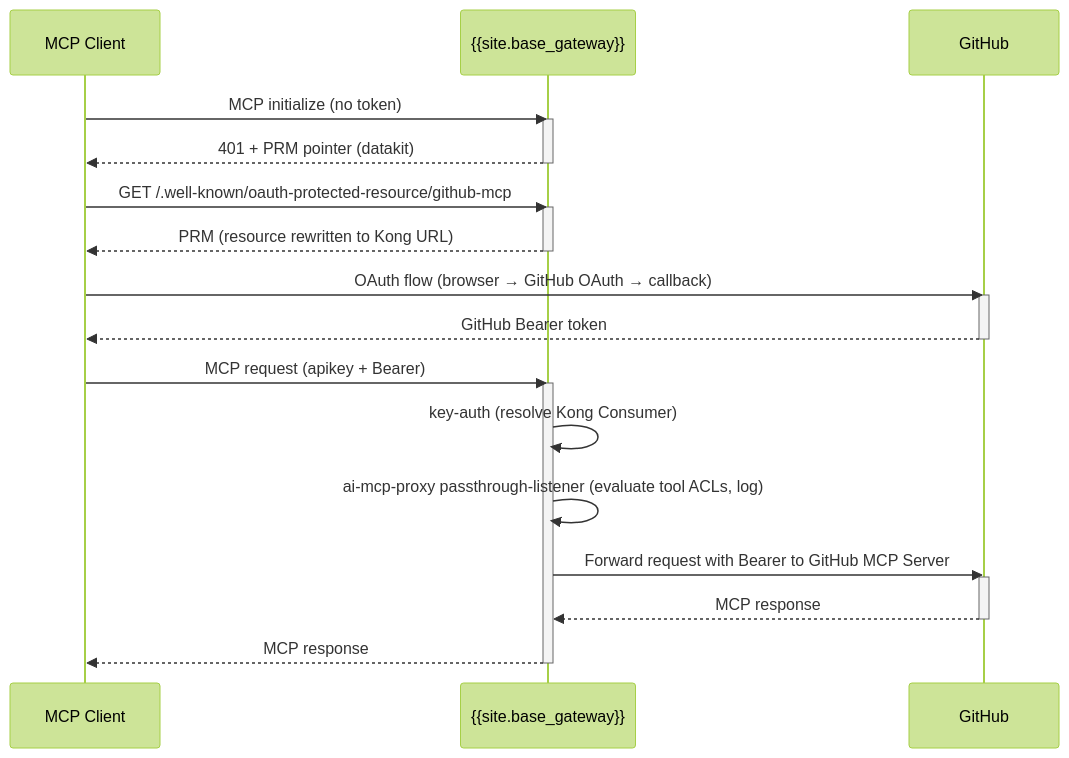
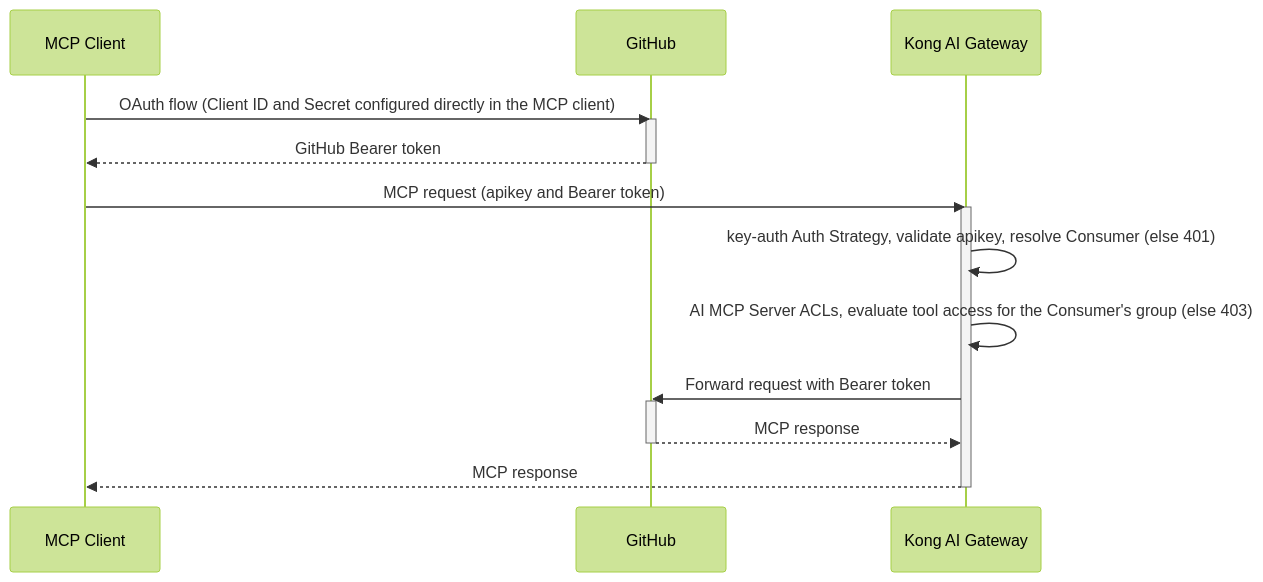
The first of 2 diagrams in app/_cookbooks/secure-external-mcp-gateway.md (Kong/developer.konghq.com), drawn with Mermaid (forest theme) before and after one commit. The commit also changed other lines of this file and 11 other files, not shown here.

```diff
--- a/app/_cookbooks/secure-external-mcp-gateway.md
+++ b/app/_cookbooks/secure-external-mcp-gateway.md
@@ -263,32 +258,21 @@
 {% mermaid %}
 sequenceDiagram
     participant C as MCP Client
-    participant K as {{site.base_gateway}}
     participant GH as GitHub
+    participant K as Kong AI Gateway
 
-    C->>K: MCP initialize (no token)
-    activate K
-    K-->>C: 401 + PRM pointer (datakit)
-    deactivate K
-
-    C->>K: GET /.well-known/oauth-protected-resource/github-mcp
-    activate K
-    K-->>C: PRM (resource rewritten to Kong URL)
-    deactivate K
-
-    C->>GH: OAuth flow (browser → GitHub OAuth → callback)
+    C->>GH: OAuth flow (Client ID and Secret configured directly in the MCP client)
     activate GH
     GH-->>C: GitHub Bearer token
     deactivate GH
-
-    C->>K: MCP request (apikey + Bearer)
+    C->>K: MCP request (apikey and Bearer token)
     activate K
-    K->>K: key-auth (resolve Kong Consumer)
-    K->>K: ai-mcp-proxy passthrough-listener (evaluate tool ACLs, log)
-    K->>GH: Forward request with Bearer to GitHub MCP Server
+    K->>K: key-auth Auth Strategy, validate apikey, resolve Consumer (else 401)
+    K->>K: AI MCP Server ACLs, evaluate tool access for the Consumer's group (else 403)
+    K->>GH: Forward request with Bearer token
     activate GH
     GH-->>K: MCP response
     deactivate GH
     K-->>C: MCP response
     deactivate K
 {% endmermaid %}
```
